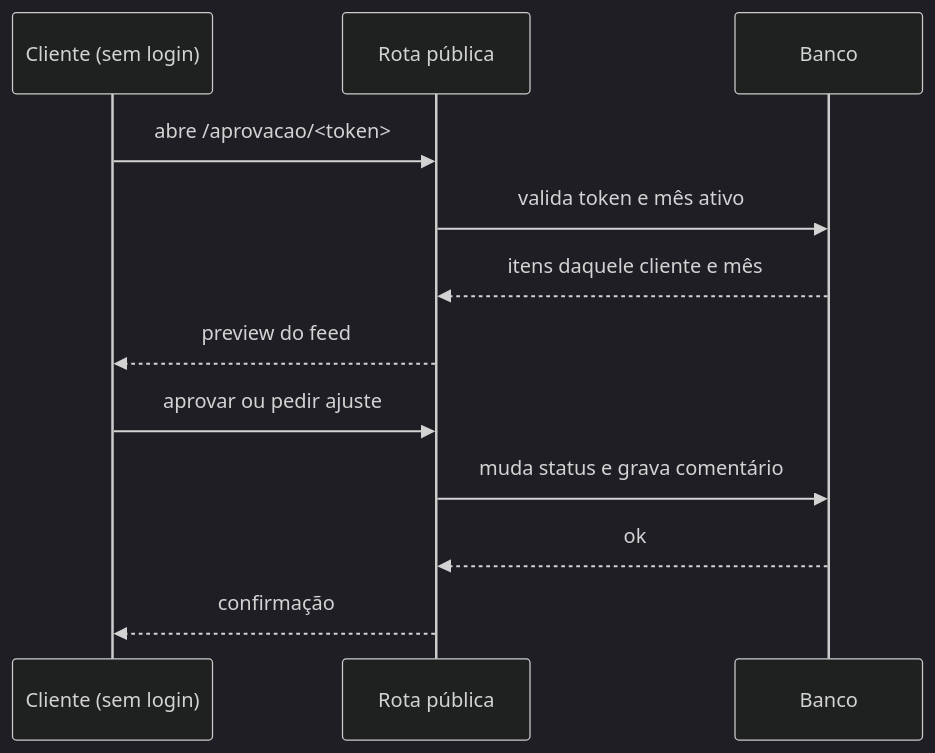
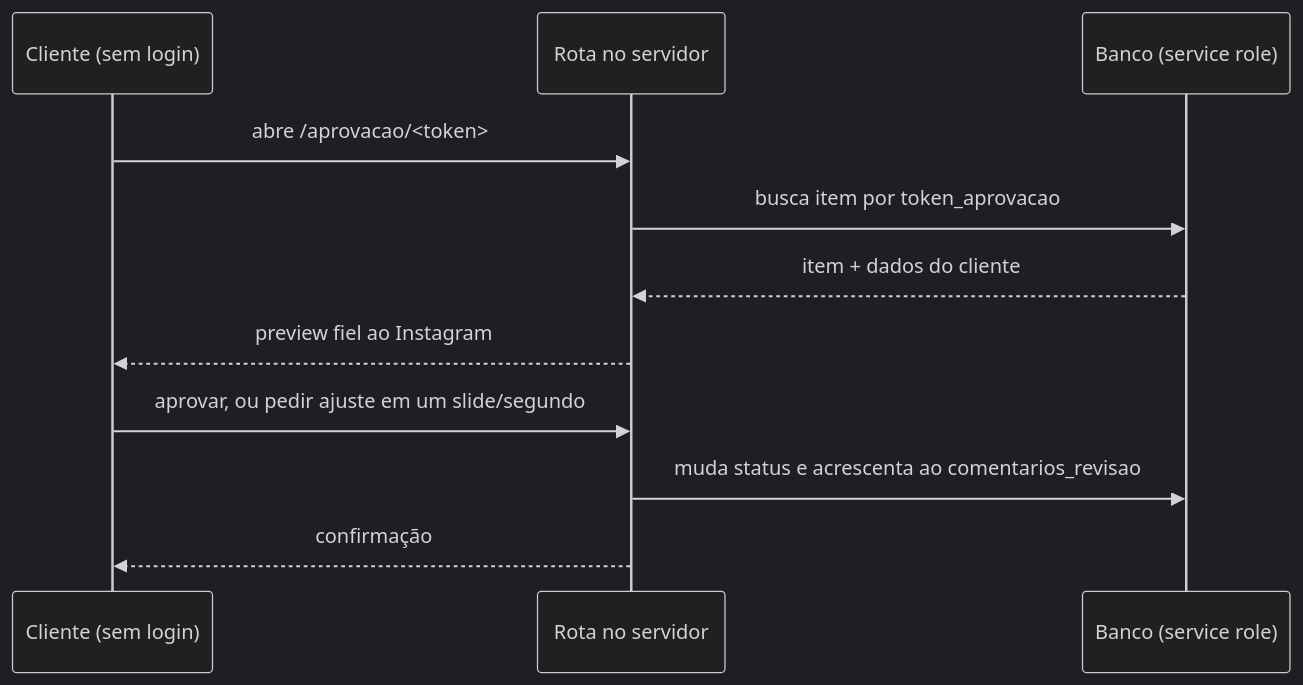
One commit to EwertonP/GENSBot changed the second of 3 diagrams in TELAS_GENSBOT_2.0.md. Above: the diagram before and after it, drawn with Mermaid (dark theme). The commit also changed other lines of this file, not shown here.

````diff
--- a/TELAS_GENSBOT_2.0.md
+++ b/TELAS_GENSBOT_2.0.md
@@ -268,14 +295,13 @@
 ```mermaid
 sequenceDiagram
     participant C as Cliente (sem login)
-    participant R as Rota pública
-    participant DB as Banco
+    participant R as Rota no servidor
+    participant DB as Banco (service role)
     C->>R: abre /aprovacao/<token>
-    R->>DB: valida token e mês ativo
-    DB-->>R: itens daquele cliente e mês
-    R-->>C: preview do feed
-    C->>R: aprovar ou pedir ajuste
-    R->>DB: muda status e grava comentário
-    DB-->>R: ok
+    R->>DB: busca item por token_aprovacao
+    DB-->>R: item + dados do cliente
+    R-->>C: preview fiel ao Instagram
+    C->>R: aprovar, ou pedir ajuste em um slide/segundo
+    R->>DB: muda status e acrescenta ao comentarios_revisao
     R-->>C: confirmação
 ```
````
